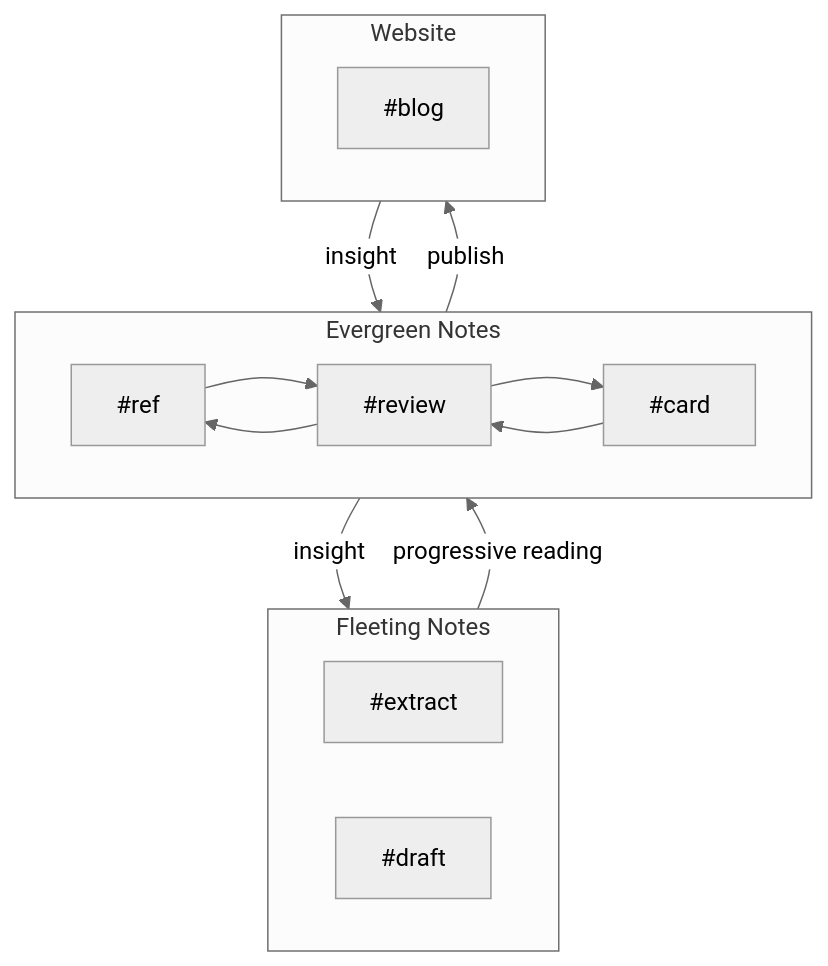
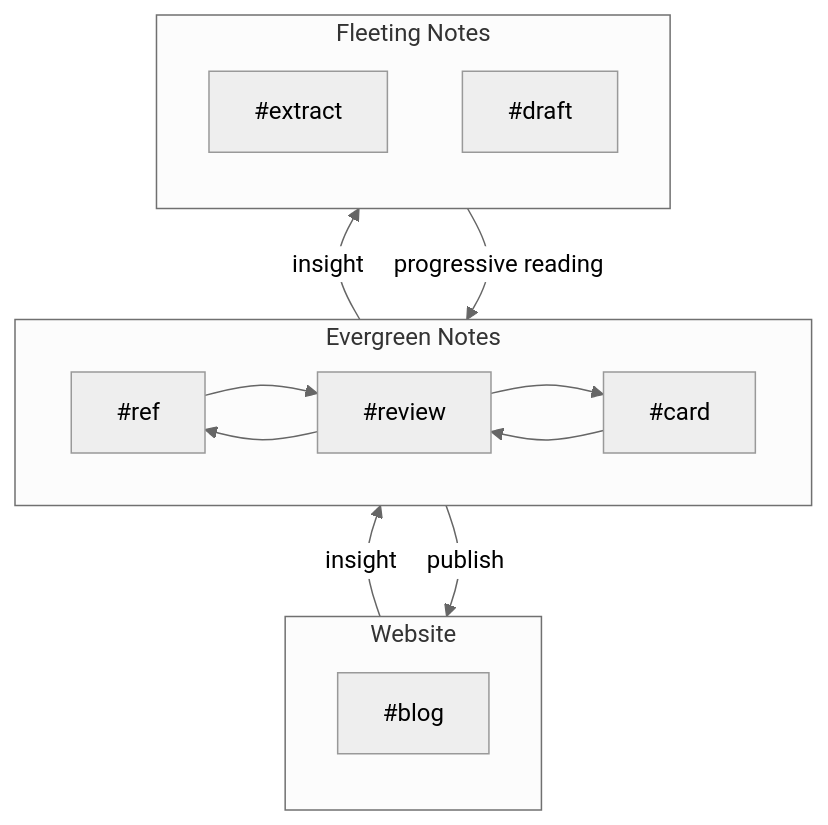
Before and after one commit to El25Aleph/_Aleph: the first of 4 diagrams in docs/blog-我的知识管理-笔记篇.md, drawn with Mermaid. The commit also changed other lines of this file and 11 other files, not shown here.

````diff
--- a/docs/blog-我的知识管理-笔记篇.md
+++ b/docs/blog-我的知识管理-笔记篇.md
@@ -121,24 +121,24 @@
 ```mermaid
 %%{init: {'theme':'neutral'}}%%
-flowchart 
+flowchart BT
     subgraph N1[Fleeting Notes]
     #extract
     #draft
     end
     subgraph N2[Evergreen Notes]
         direction LR
     #ref
     #review
     #card
     #ref --> #review
     #review --> #ref
     #review --> #card
     #card --> #review
     end
     subgraph N3[Website]
     #blog
     end
     N1 --> |progressive reading|N2 --> |publish|N3
     N2 --> |insight|N1
     N3 --> |insight|N2
 ```
````
